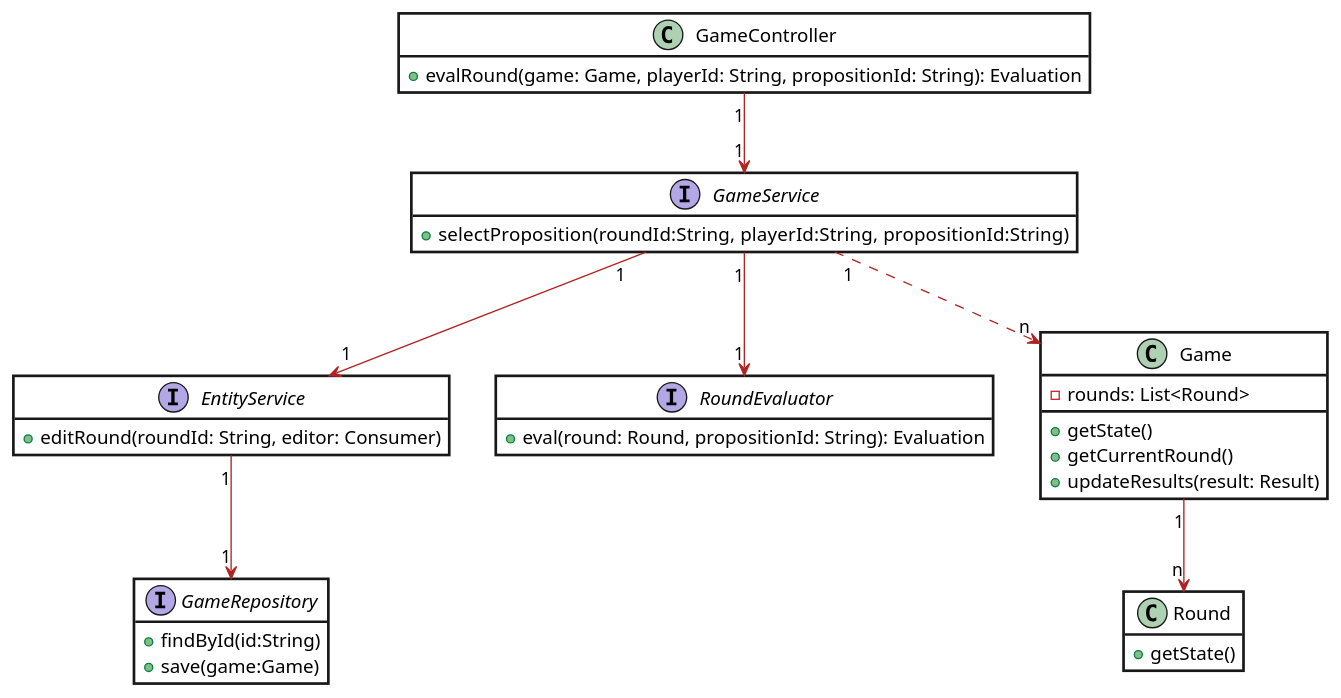
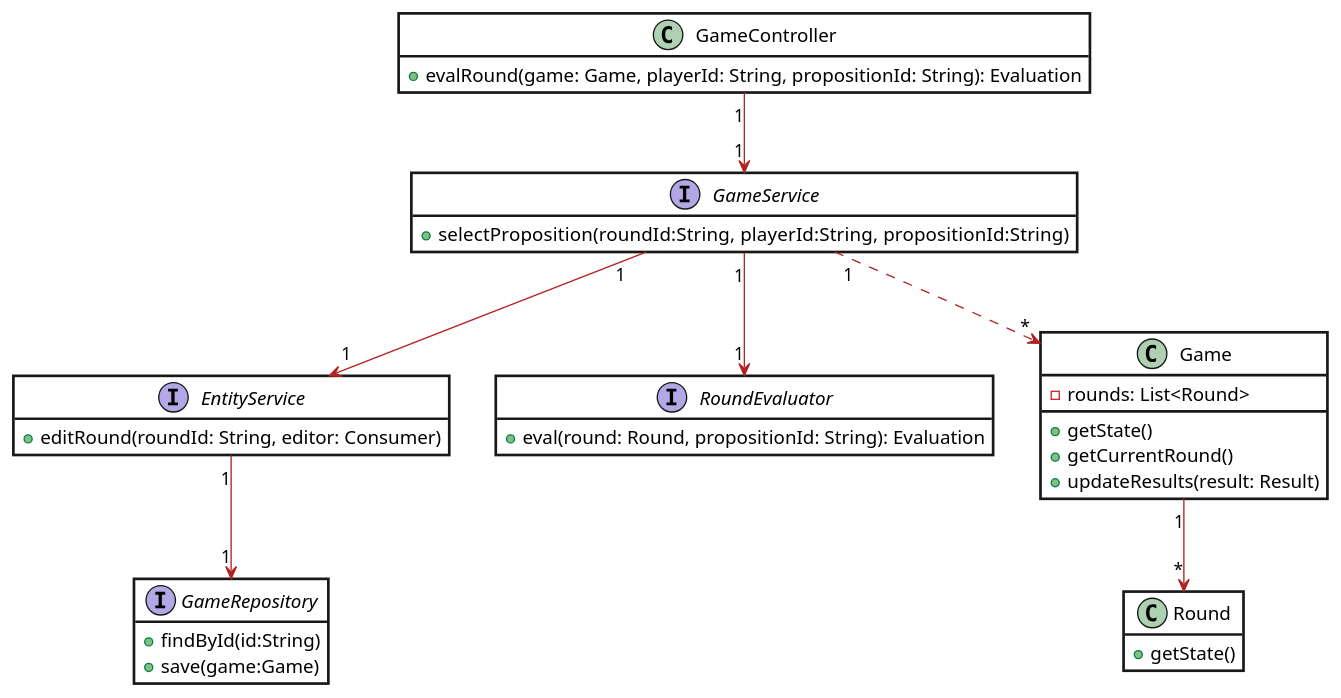
The diagram in docs/diagrams/DCD_evaluation_round.plantuml (patrickwinti/worldwidewalter), drawn with PlantUML before and after one commit. The commit also changed 7 other files, not shown here.

Commit message:
[WWW-59] fixes diagrams

```diff
--- a/docs/diagrams/DCD_evaluation_round.plantuml
+++ b/docs/diagrams/DCD_evaluation_round.plantuml
@@ -1,52 +1,52 @@
 @startuml
 skinparam class {
     BackgroundColor white
     ArrowColor Firebrick
     BorderThickness 2
 }
 skinparam roundcorner 0
 skinparam packagestyle Frame
 hide empty members
 
 interface GameService {
     +selectProposition(roundId:String,  playerId:String,  propositionId:String)
 }
 
 interface EntityService {
     +editRound(roundId: String, editor: Consumer)
 }
 
 interface RoundEvaluator {
     +eval(round: Round, propositionId: String): Evaluation
 }
 
 class Game {
     -rounds: List<Round>
     +getState()
     +getCurrentRound()
     +updateResults(result: Result)
 }
 
 class Round {
     +getState()
 }
 
 interface GameRepository{
  +findById(id:String)
  +save(game:Game)
 }
 
 class GameController {
     +evalRound(game: Game, playerId: String, propositionId: String): Evaluation
 }
 
 
 GameController "1"-->"1" GameService
 GameService "1"-->"1" EntityService
 GameService "1"-->"1" RoundEvaluator
-GameService "1"..>"n" Game
+GameService "1"..>"*" Game
 EntityService "1"-->"1" GameRepository
-Game "1"-->"n" Round
+Game "1"-->"*" Round
 
 
 @enduml
```
